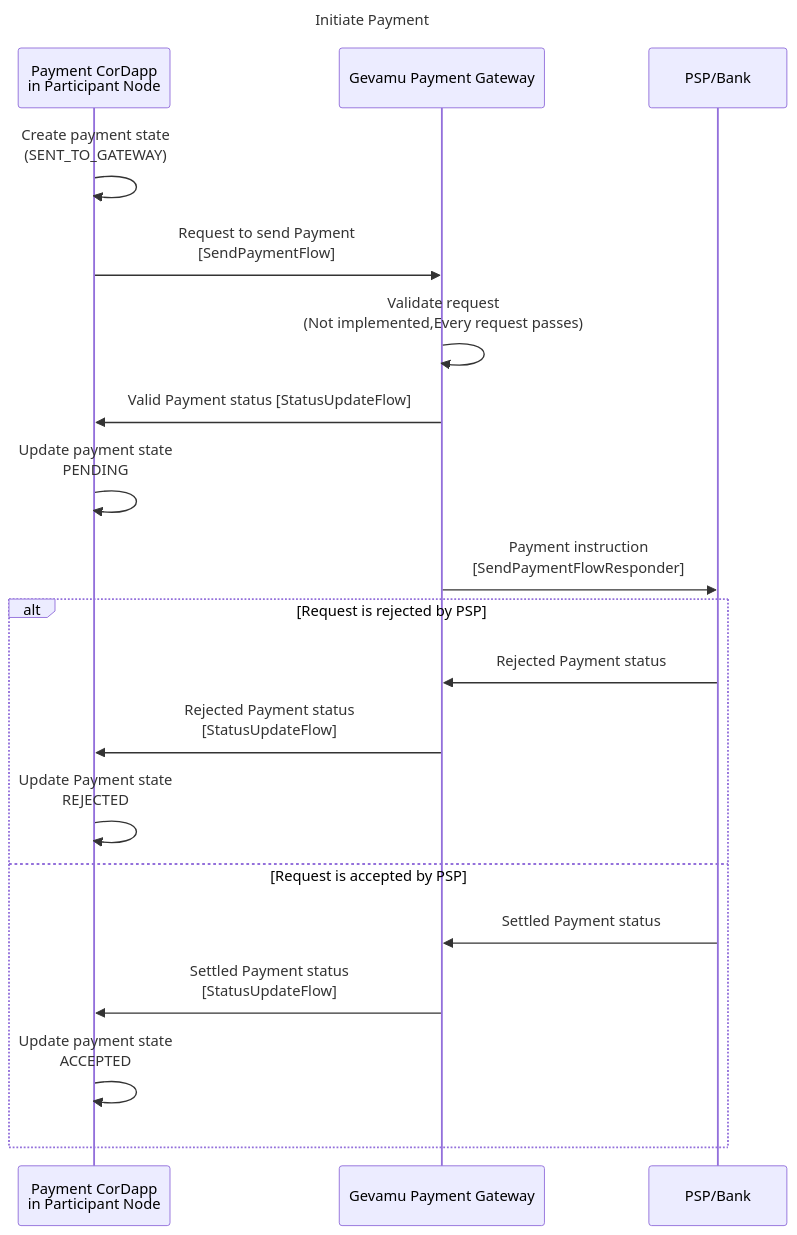
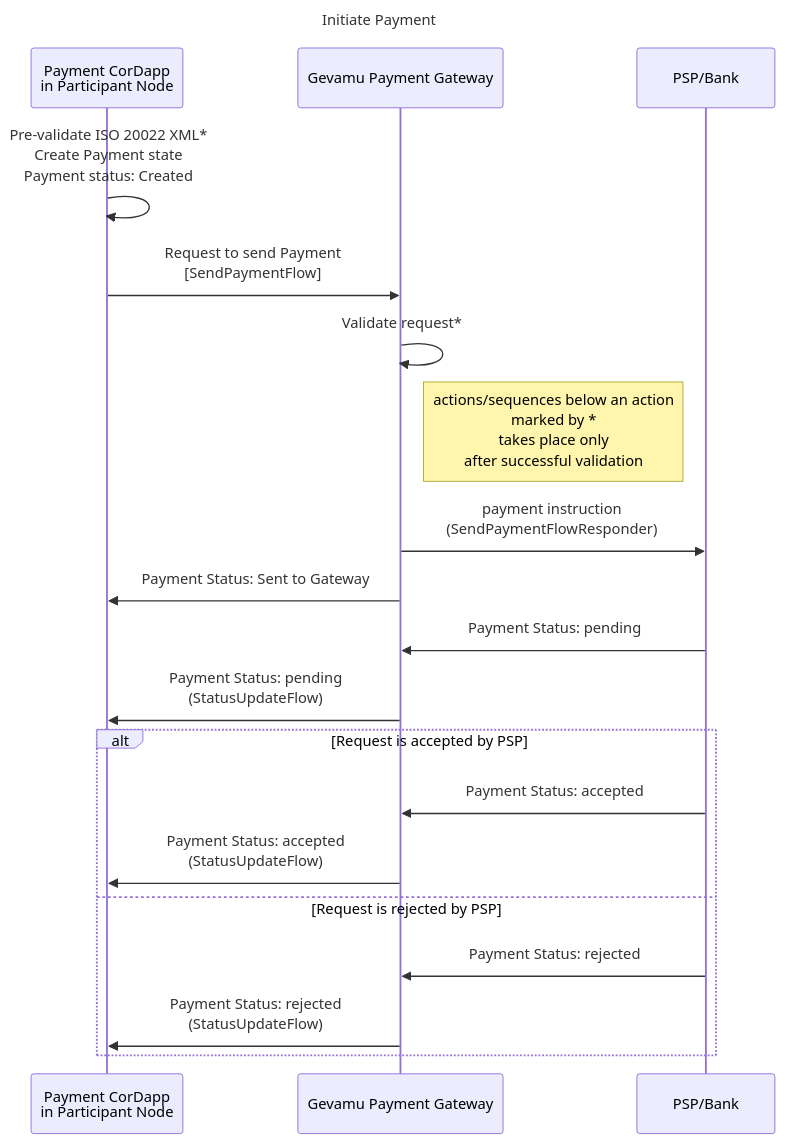
Before and after one commit to gevamu/gevamu.github.io: the diagram in content/3.workflow/4.payment-initiation.md, drawn with Mermaid.

Commit message:
Fix PaymentInitiationFLow

````diff
--- a/content/3.workflow/4.payment-initiation.md
+++ b/content/3.workflow/4.payment-initiation.md
@@ -21,35 +21,37 @@
 ```mermaid
 ---
 title: Initiate Payment
 ---
 sequenceDiagram
    
     participant pcd as Payment CorDapp<br/> in Participant Node
     participant gpg as Gevamu Payment Gateway
     participant psp as PSP/Bank
 
-    pcd ->> pcd: Create payment state <br/>(SENT_TO_GATEWAY)
+    pcd ->> pcd: Pre-validate ISO 20022 XML* <br/> Create Payment state <br/> Payment status: Created
     pcd ->> gpg: Request to send Payment<br/>[SendPaymentFlow]
-    gpg ->> gpg: Validate request<br/>(Not implemented,Every request passes)
+    gpg ->> gpg: Validate request* 
 
-%% Valid request
-        gpg ->> pcd: Valid Payment status [StatusUpdateFlow]
-        pcd ->> pcd: Update payment state <br/> PENDING
-        gpg ->> psp: Payment instruction <br/> [SendPaymentFlowResponder]
+    Note right of gpg: actions/sequences below an action <br/> marked by * <br /> takes place only <br/> after successful validation
+
+    gpg ->> psp: payment instruction <br /> (SendPaymentFlowResponder)
+    gpg ->> pcd: Payment Status: Sent to Gateway
+    psp ->> gpg: Payment Status: pending
+    gpg ->> pcd: Payment Status: pending <br/> (StatusUpdateFlow)
+
 
     %% Rejected by PSP
 
-        alt Request is rejected by PSP
-            psp ->> gpg: Rejected Payment status
-            gpg ->> pcd: Rejected Payment status <br/>  [StatusUpdateFlow]
-            pcd ->> pcd: Update Payment state <br/> REJECTED
+        alt Request is accepted by PSP
+            psp ->> gpg: Payment Status: accepted
+            gpg ->> pcd: Payment Status: accepted <br/> (StatusUpdateFlow)
 
     %% Accepted by PSP 
 
-        else Request is accepted by PSP
-            psp ->> gpg: Settled Payment status
-            gpg ->> pcd: Settled Payment status <br/>  [StatusUpdateFlow]
-            pcd ->> pcd: Update payment state <br/> ACCEPTED
+        else Request is rejected by PSP
+            psp ->> gpg: Payment Status: rejected
+            gpg ->> pcd: Payment Status: rejected <br/> (StatusUpdateFlow)
+            
         end
 
 ```
````
